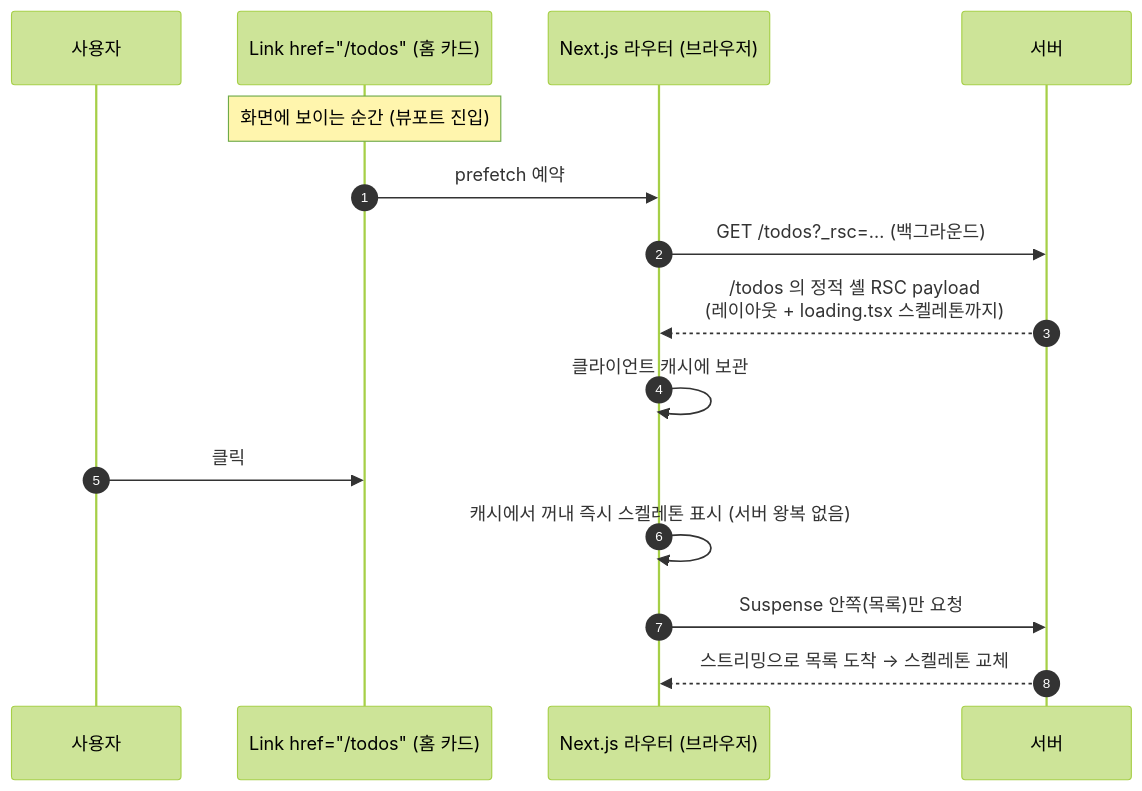
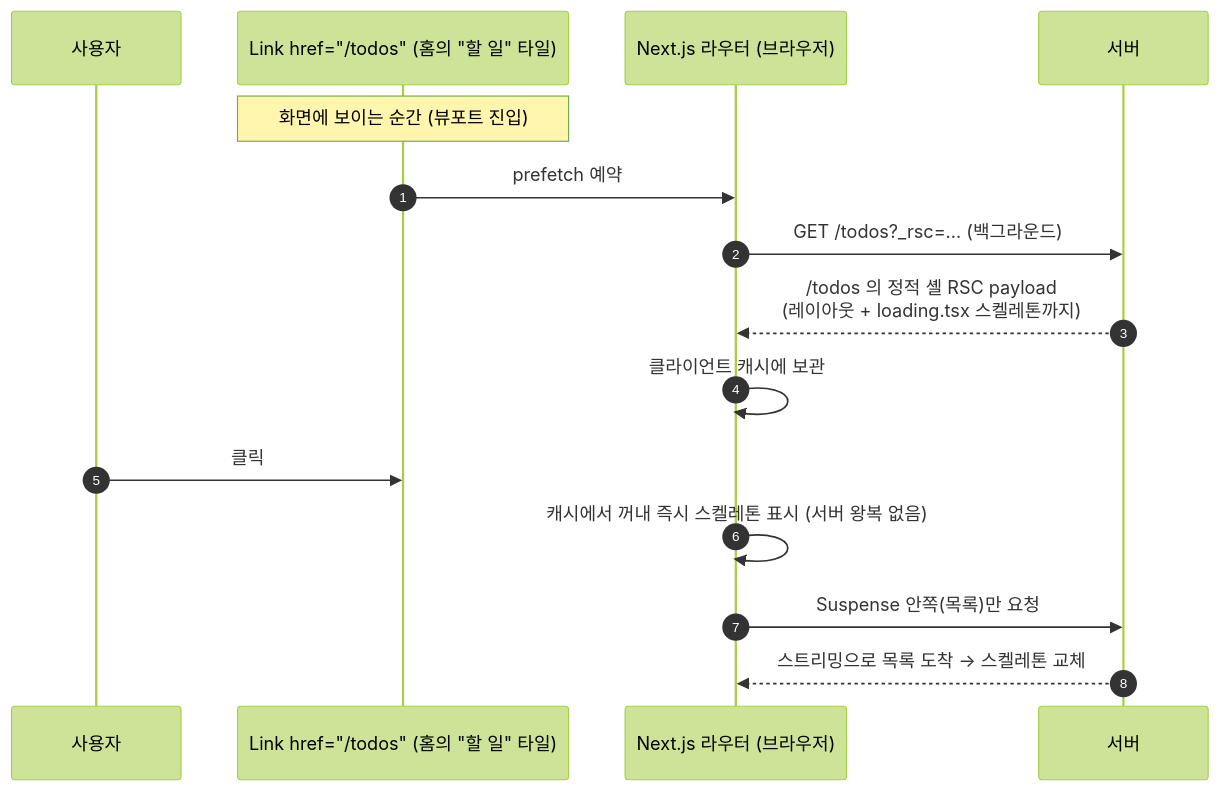
One commit to kspark-sqisoft/next-js-study-app changed diagram 35 of 39 in docs/CODE_WALKTHROUGH.md. Above: the diagram before and after it, drawn with Mermaid (forest theme). The commit also changed other lines of this file and 11 other files, not shown here.

````diff
--- a/docs/CODE_WALKTHROUGH.md
+++ b/docs/CODE_WALKTHROUGH.md
@@ -1823,18 +1831,18 @@
 ```mermaid
 sequenceDiagram
   autonumber
   participant U as 사용자
-  participant L as Link href="/todos" (홈 카드)
+  participant L as Link href="/todos" (홈의 "할 일" 타일)
   participant R as Next.js 라우터 (브라우저)
   participant S as 서버
 
   Note over L: 화면에 보이는 순간 (뷰포트 진입)
   L->>R: prefetch 예약
   R->>S: GET /todos?_rsc=… (백그라운드)
   S-->>R: /todos 의 정적 셸 RSC payload<br/>(레이아웃 + loading.tsx 스켈레톤까지)
   R->>R: 클라이언트 캐시에 보관
   U->>L: 클릭
   R->>R: 캐시에서 꺼내 즉시 스켈레톤 표시 (서버 왕복 없음)
   R->>S: Suspense 안쪽(목록)만 요청
   S-->>R: 스트리밍으로 목록 도착 → 스켈레톤 교체
 ```
````
